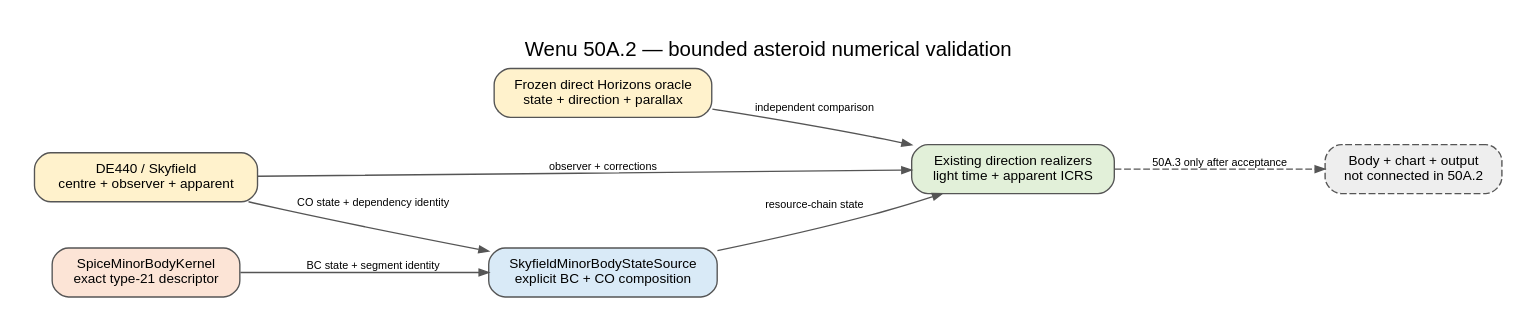
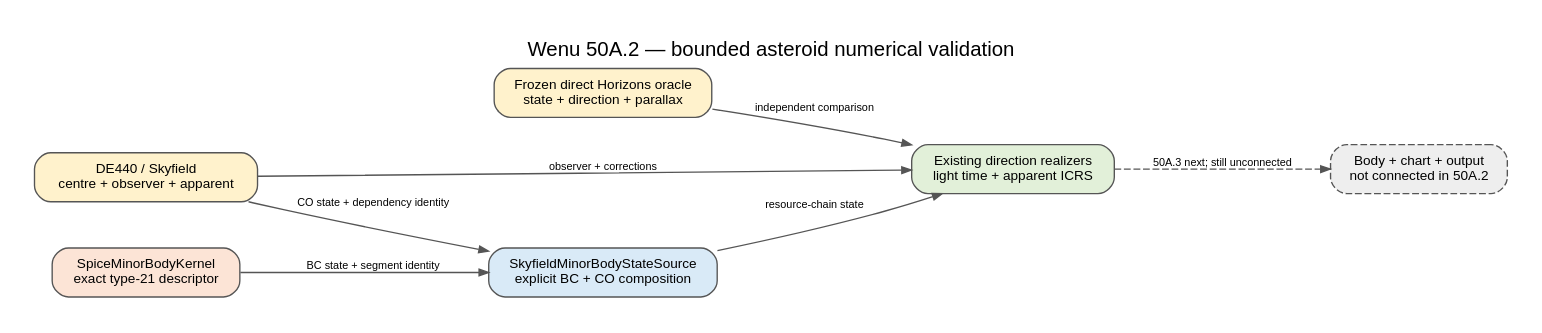
The diagram in docs/developer/diagrams/asteroid_validation_50a2.dot (fselman/wenu), drawn with Graphviz before and after one commit. The commit also changed 11 other files, not shown here.

```diff
--- a/docs/developer/diagrams/asteroid_validation_50a2.dot
+++ b/docs/developer/diagrams/asteroid_validation_50a2.dot
@@ -1,31 +1,31 @@
 digraph asteroid_validation_50a2 {
   graph [rankdir=LR, bgcolor="white", fontname="Helvetica", fontsize=15,
     label="Wenu 50A.2 — bounded asteroid numerical validation",
     labelloc="t", nodesep=0.4, ranksep=0.55, pad=0.25];
   node [shape=box, style="rounded,filled", fillcolor="#f7f7f7",
     color="#555555", fontname="Helvetica", fontsize=10,
     margin="0.13,0.09"];
   edge [color="#555555", fontname="Helvetica", fontsize=8,
     arrowsize=0.7];
 
   horizons [label="Frozen direct Horizons oracle\nstate + direction + parallax",
     fillcolor="#fff2cc"];
   spice [label="SpiceMinorBodyKernel\nexact type-21 descriptor",
     fillcolor="#fce4d6"];
   planet [label="DE440 / Skyfield\ncentre + observer + apparent",
     fillcolor="#fff2cc"];
   chain [label="SkyfieldMinorBodyStateSource\nexplicit BC + CO composition",
     fillcolor="#d9eaf7"];
   direction [label="Existing direction realizers\nlight time + apparent ICRS",
     fillcolor="#e2f0d9"];
   later [label="Body + chart + output\nnot connected in 50A.2",
     style="rounded,dashed,filled", fillcolor="#eeeeee"];
 
   spice -> chain [label="BC state + segment identity"];
   planet -> chain [label="CO state + dependency identity"];
   chain -> direction [label="resource-chain state"];
   planet -> direction [label="observer + corrections"];
   horizons -> direction [dir=both, arrowtail=none,
     label="independent comparison"];
-  direction -> later [style=dashed, label="50A.3 only after acceptance"];
+  direction -> later [style=dashed, label="50A.3 next; still unconnected"];
 }
```
